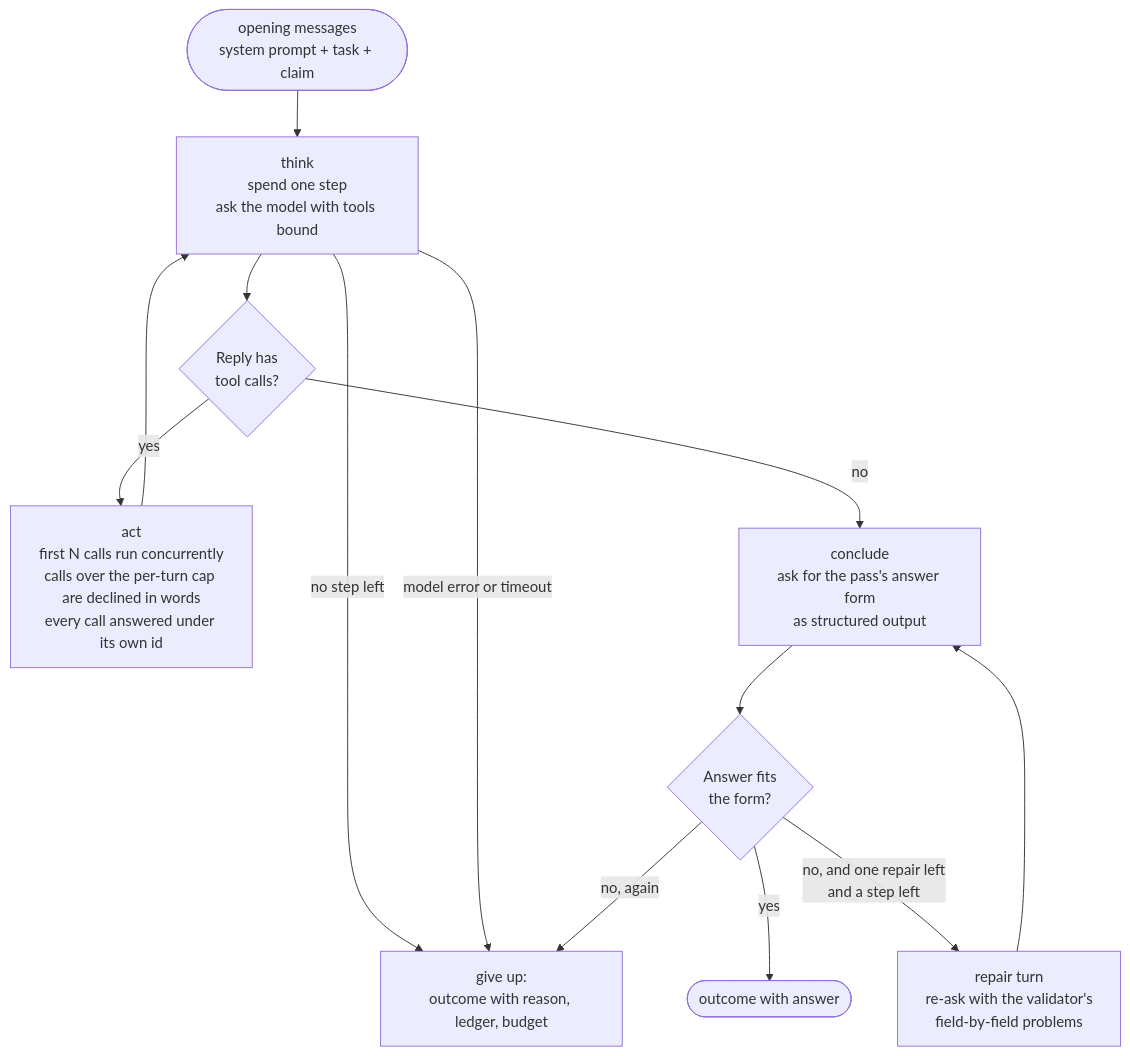
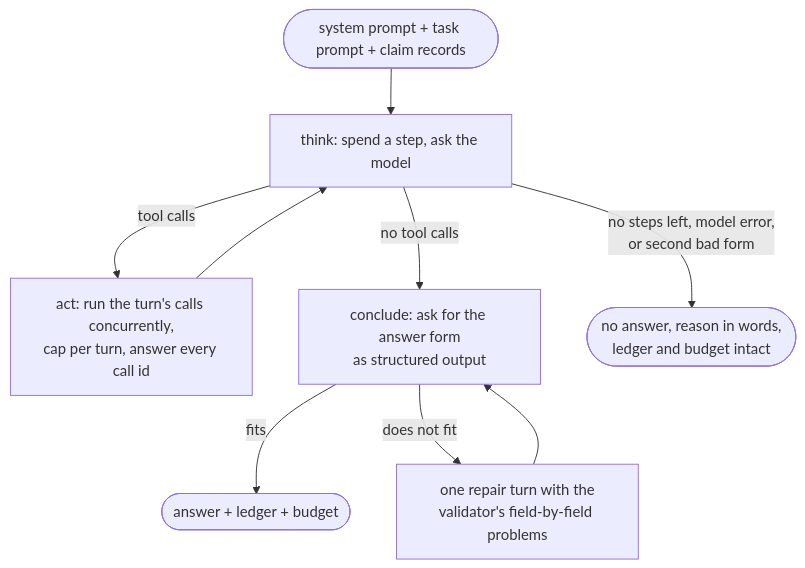
One commit to medsriha/claim-agent changed the second of 3 diagrams in ARCHITECTURE.md. Above: the diagram before and after it, drawn with Mermaid. The commit also changed other lines of this file, not shown here.

First line of the commit message:
Cut the architecture document to what a short meeting needs

````diff
--- a/ARCHITECTURE.md
+++ b/ARCHITECTURE.md
@@ -300,16 +80,11 @@
 ```mermaid
 flowchart TD
-    S(["opening messages<br/>system prompt + task + claim"]) --> THINK
-    THINK["think<br/>spend one step<br/>ask the model with tools bound"]
-    THINK -->|"no step left"| GIVEUP["give up:<br/>outcome with reason, ledger, budget"]
-    THINK -->|"model error or timeout"| GIVEUP
-    THINK --> Q{"Reply has<br/>tool calls?"}
-    Q -->|"yes"| ACT["act<br/>first N calls run concurrently<br/>calls over the per-turn cap are declined in words<br/>every call answered under its own id"]
+    S(["system prompt + task prompt + claim records"]) --> THINK["think: spend a step, ask the model"]
+    THINK -->|"tool calls"| ACT["act: run the turn's calls concurrently,<br/>cap per turn, answer every call id"]
     ACT --> THINK
-    Q -->|"no"| CONCLUDE["conclude<br/>ask for the pass's answer form<br/>as structured output"]
-    CONCLUDE --> FIT{"Answer fits<br/>the form?"}
-    FIT -->|"yes"| DONE(["outcome with answer"])
-    FIT -->|"no, and one repair left<br/>and a step left"| REPAIR["repair turn<br/>re-ask with the validator's<br/>field-by-field problems"]
+    THINK -->|"no tool calls"| CONCLUDE["conclude: ask for the answer form<br/>as structured output"]
+    CONCLUDE -->|"fits"| OUT(["answer + ledger + budget"])
+    CONCLUDE -->|"does not fit"| REPAIR["one repair turn with the<br/>validator's field-by-field problems"]
     REPAIR --> CONCLUDE
-    FIT -->|"no, again"| GIVEUP
+    THINK -->|"no steps left, model error,<br/>or second bad form"| GIVEUP(["no answer, reason in words,<br/>ledger and budget intact"])
 ```
````
